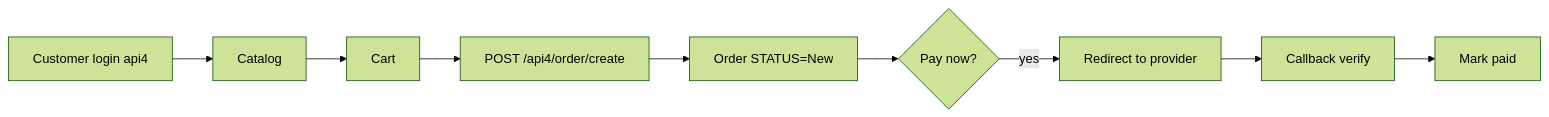
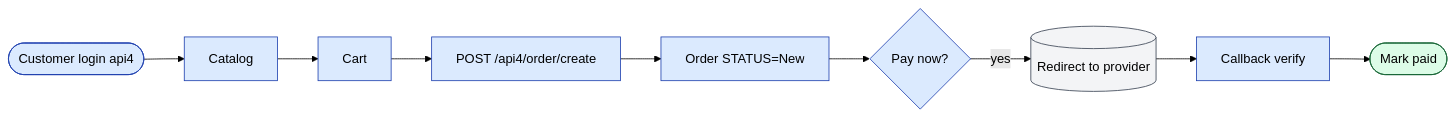
The diagram in docs/modules/onlineOrder.md (jamshidtulaganov/sd-doc), drawn with Mermaid (forest theme) before and after one commit. The commit also changed other lines of this file and 21 other files, not shown here.

````diff
--- a/docs/modules/onlineOrder.md
+++ b/docs/modules/onlineOrder.md
@@ -35,11 +54,22 @@
 ```mermaid
 flowchart LR
-  C[Customer login api4] --> CAT[Catalog]
-  CAT --> CRT[Cart]
-  CRT --> SUB[POST /api4/order/create]
-  SUB --> ORD[Order STATUS=New]
-  ORD --> PAY{Pay now?}
-  PAY -->|yes| RDR[Redirect to provider]
-  RDR --> CB[Callback verify]
-  CB --> AP[Mark paid]
+  C(["Customer login api4"]) --> CAT["Catalog"]
+  CAT --> CRT["Cart"]
+  CRT --> SUB["POST /api4/order/create"]
+  SUB --> ORD["Order STATUS=New"]
+  ORD --> PAY{"Pay now?"}
+  PAY -->|yes| RDR[("Redirect to provider")]
+  RDR --> CB["Callback verify"]
+  CB --> AP(["Mark paid"])
+
+  classDef action   fill:#dbeafe,stroke:#1e40af,color:#000
+  classDef approval fill:#fef3c7,stroke:#92400e,color:#000
+  classDef success  fill:#dcfce7,stroke:#166534,color:#000
+  classDef reject   fill:#fee2e2,stroke:#991b1b,color:#000
+  classDef external fill:#f3f4f6,stroke:#374151,color:#000
+  classDef cron     fill:#ede9fe,stroke:#6d28d9,color:#000
+
+  class C,CAT,CRT,SUB,ORD,PAY,CB action
+  class RDR external
+  class AP success
 ```
````
